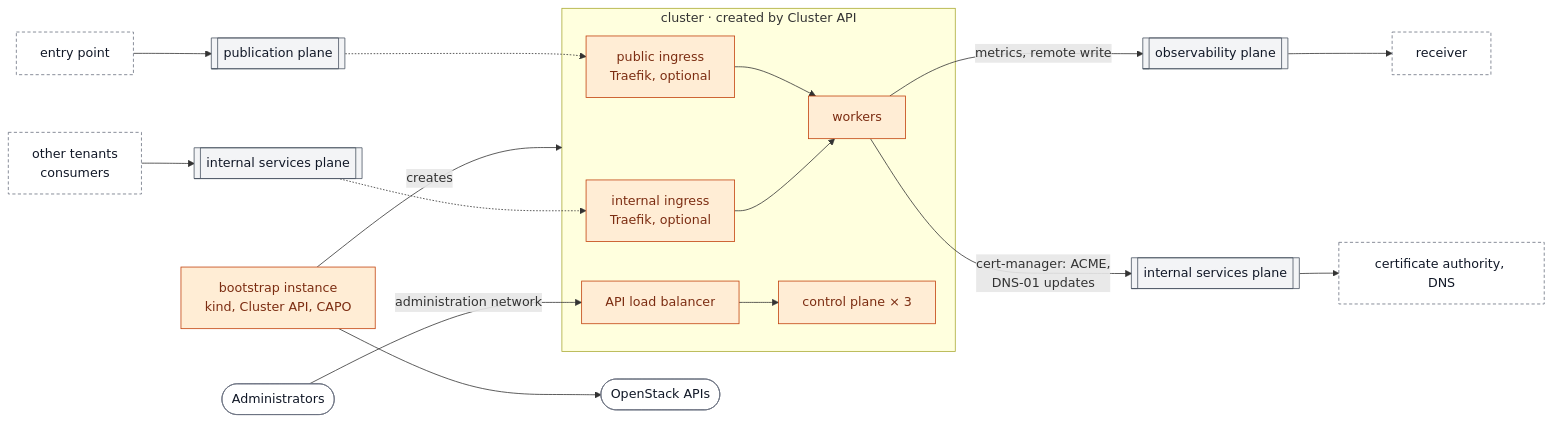
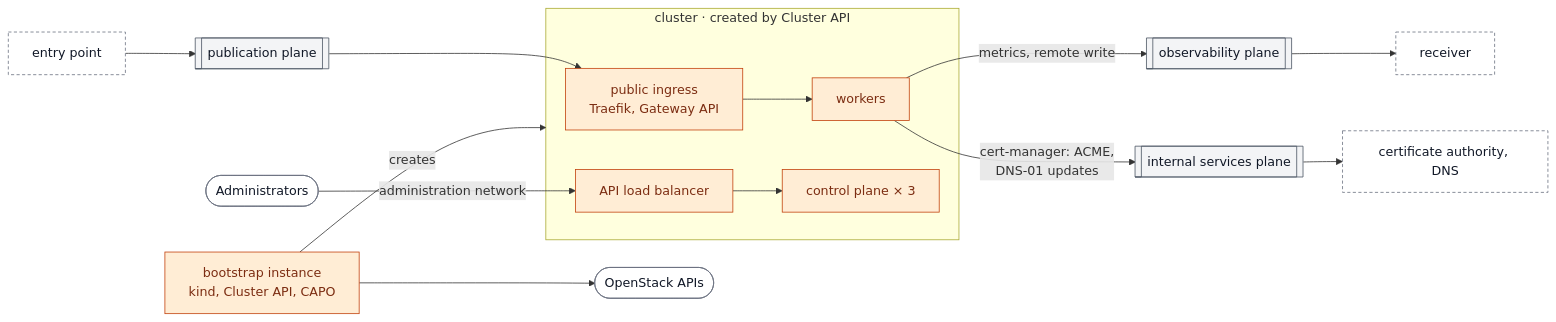
One commit to CyprisTech/openstack-multitenant-reference changed the diagram in stacks/tenants/kubernetes/README.md. Above: the diagram before and after it, drawn with Mermaid. The commit also changed other lines of this file and 7 other files, not shown here.

First line of the commit message:
Shared cluster: one ingress per cluster, consumers, prerequisites

````diff
--- a/stacks/tenants/kubernetes/README.md
+++ b/stacks/tenants/kubernetes/README.md
@@ -13,29 +13,26 @@
 ```mermaid
 flowchart LR
     EP["entry point"] --> PUB[["publication plane"]]
-    CT["other tenants<br/>consumers"] --> INI[["internal services plane"]]
     subgraph CL["cluster · created by Cluster API"]
-        IN["public ingress<br/>Traefik, optional"] --> WK["workers"]
-        IE["internal ingress<br/>Traefik, optional"] --> WK
+        IN["public ingress<br/>Traefik, Gateway API"] --> WK["workers"]
         API["API load balancer"] --> CP["control plane × 3"]
     end
-    PUB -.-> IN
-    INI -.-> IE
+    PUB --> IN
     WK -->|"metrics, remote write"| MON[["observability plane"]]
     MON --> RCV["receiver"]
     WK -->|"cert-manager: ACME,<br/>DNS-01 updates"| INT[["internal services plane"]]
     INT --> SVC["certificate authority, DNS"]
     ADM(["Administrators"]) -->|"administration network"| API
     BS["bootstrap instance<br/>kind, Cluster API, CAPO"] -->|"creates"| CL
     BS --> OS(["OpenStack APIs"])
 
     classDef shared fill:#dbeafe,stroke:#1d4ed8,color:#1e3a8a
     classDef plane fill:#f3f4f6,stroke:#4b5563,color:#111827
     classDef tenant fill:#ffedd5,stroke:#c2410c,color:#7c2d12
     classDef outside fill:#ffffff,stroke:#6b7280,color:#111827
     classDef other fill:#ffffff,stroke:#6b7280,color:#111827,stroke-dasharray:4 3
-    class IN,IE,WK,API,CP,BS tenant
-    class PUB,INI,MON,INT plane
-    class EP,RCV,SVC,CT other
+    class IN,WK,API,CP,BS tenant
+    class PUB,MON,INT plane
+    class EP,RCV,SVC other
     class ADM,OS outside
 ```
````
